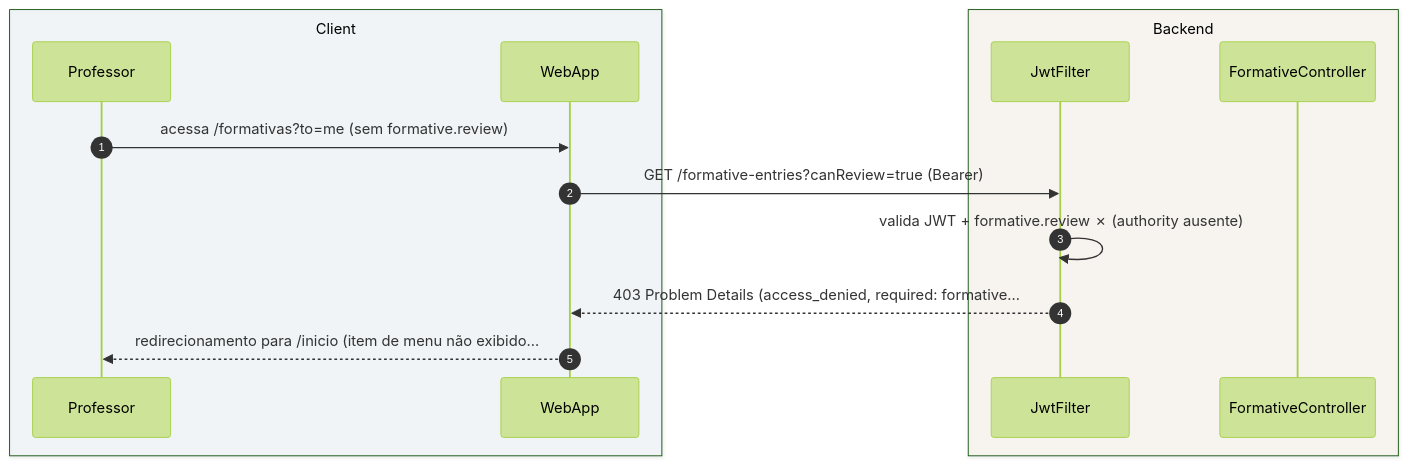
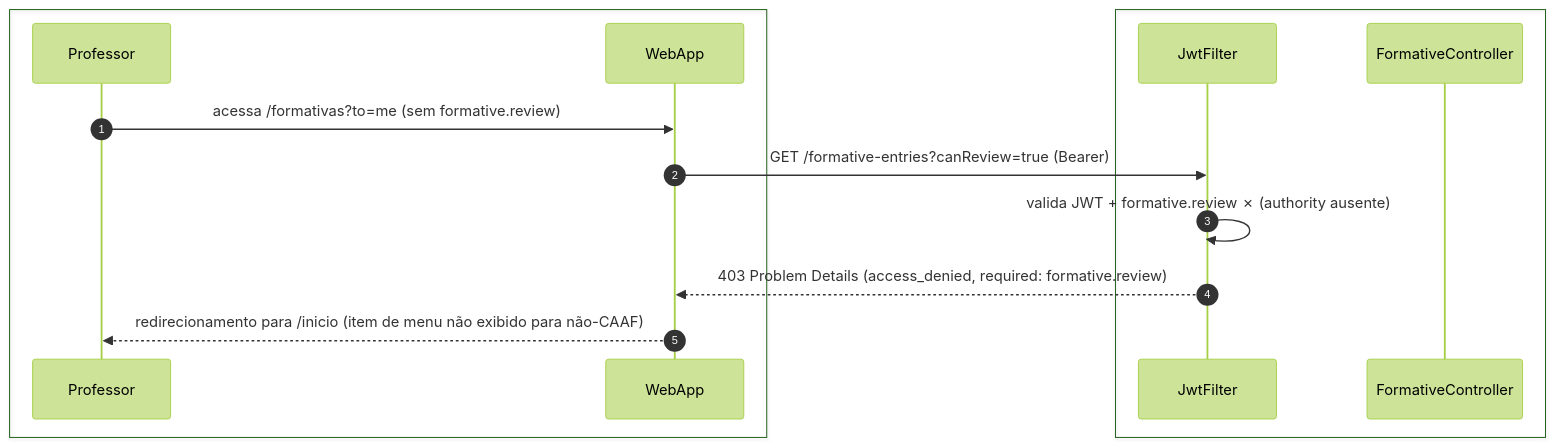
One commit to umishell/secretariaOnline2 changed the fifth of 5 diagrams in foundationDocs/sequenceDiagrams/F3 — Professor/US-F3-004-REVISAR-FORMATIVAS.md. Above: the diagram before and after it, drawn with Mermaid (forest theme). The commit also changed other lines of this file and 70 other files, not shown here.

First line of the commit message:
Enhance database documentation and introduce new schema files

````diff
--- a/foundationDocs/sequenceDiagrams/F3 — Professor/US-F3-004-REVISAR-FORMATIVAS.md
+++ b/foundationDocs/sequenceDiagrams/F3 — Professor/US-F3-004-REVISAR-FORMATIVAS.md
@@ -222,18 +222,18 @@
 ```mermaid
 sequenceDiagram
     autonumber
-    box rgba(230,245,255,0.3) Client
+    box #e8f4fc Cliente
         participant Professor
         participant WebApp
     end
-    box rgba(255,245,230,0.3) Backend
+    box #fff8ee Servidor
         participant JwtFilter
         participant FormativeController
     end
 
     Professor->>WebApp: acessa /formativas?to=me (sem formative.review)
     WebApp->>JwtFilter: GET /formative-entries?canReview=true (Bearer)
     JwtFilter->>JwtFilter: valida JWT + formative.review ✗ (authority ausente)
-    JwtFilter-->>WebApp: 403 Problem Details (access_denied, required: formative…
-    WebApp-->>Professor: redirecionamento para /inicio (item de menu não exibido…
+    JwtFilter-->>WebApp: 403 Problem Details (access_denied, required: formative.review)
+    WebApp-->>Professor: redirecionamento para /inicio (item de menu não exibido para não-CAAF)
 ```
````
